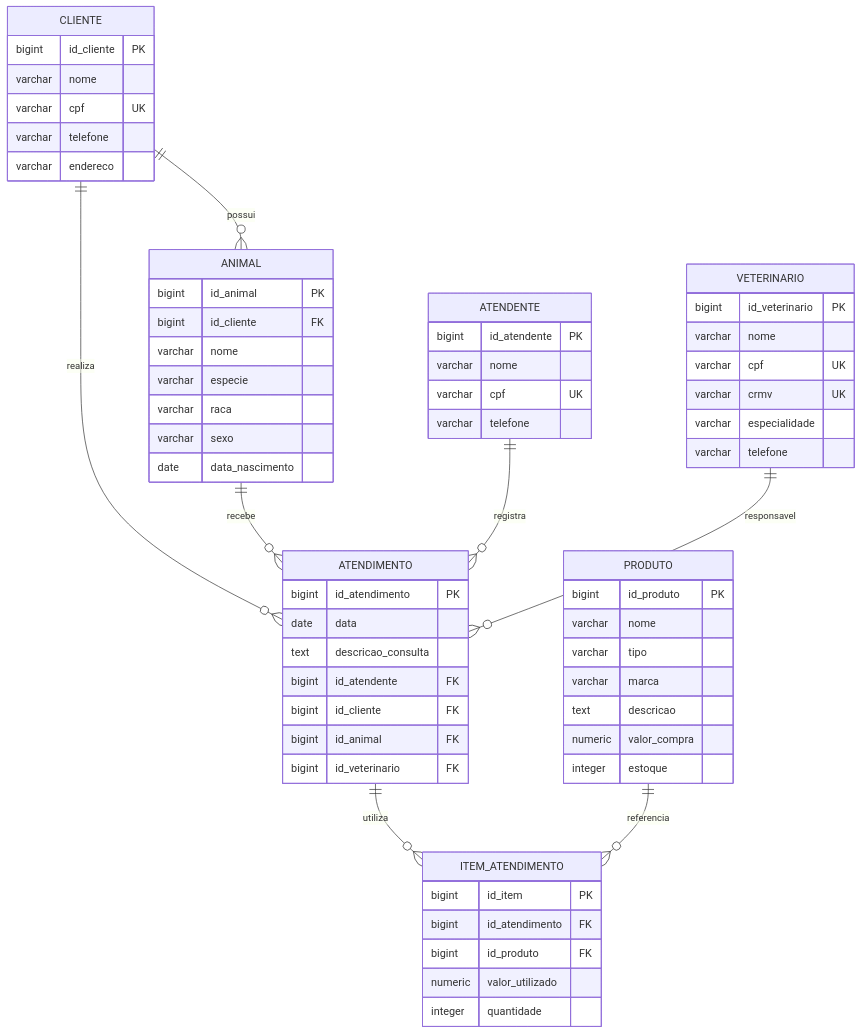
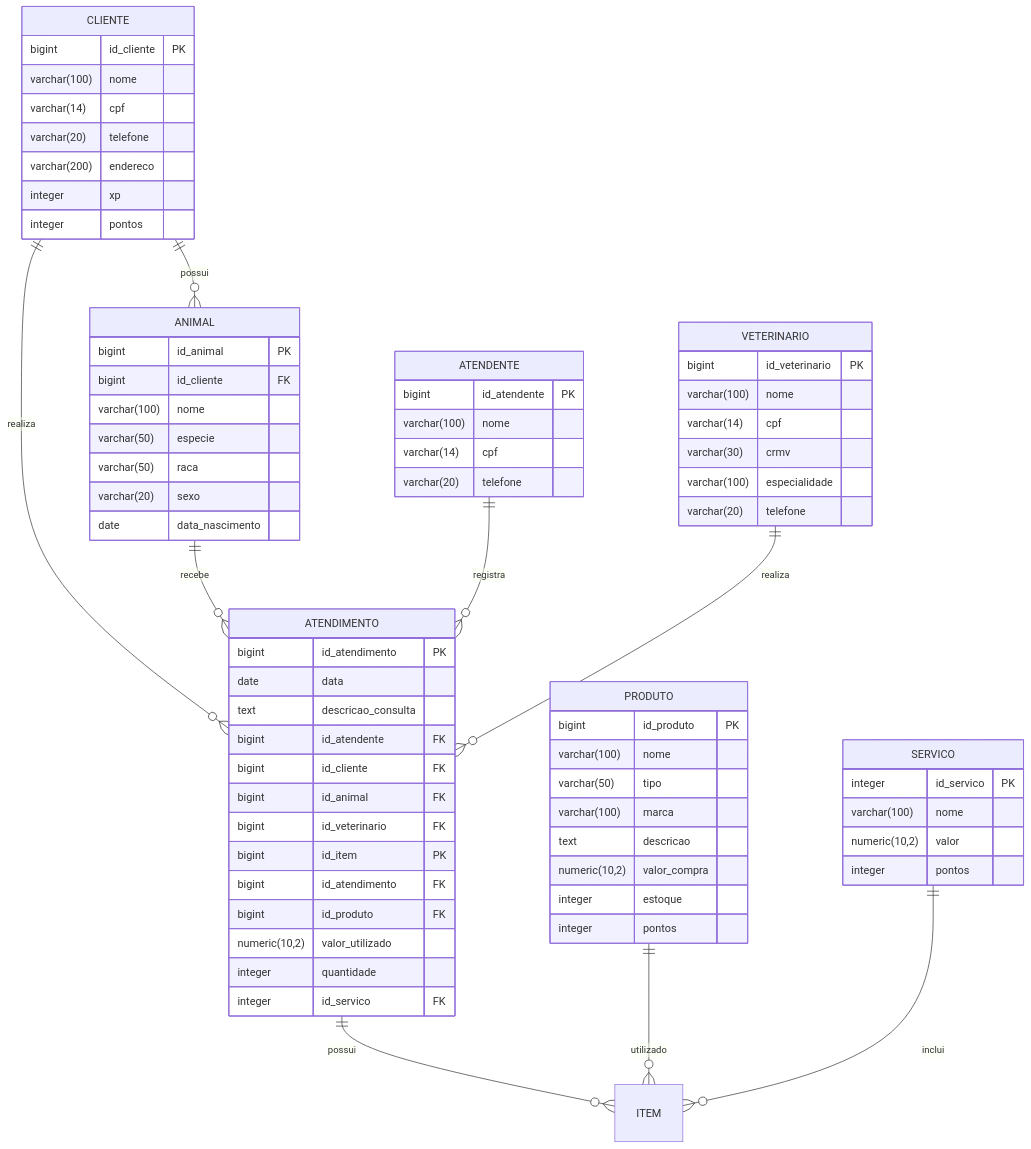
One commit to Murilo-Siena/Clinica-Veterinaria-Grupo06 changed the diagram in README.md. Above: the diagram before and after it, drawn with Mermaid.

````diff
--- a/README.md
+++ b/README.md
@@ -30,55 +30,24 @@
 ```mermaid
 erDiagram
-    CLIENTE ||--o{ ANIMAL : possui
-    CLIENTE ||--o{ ATENDIMENTO : realiza
-    ANIMAL ||--o{ ATENDIMENTO : recebe
-    ATENDENTE ||--o{ ATENDIMENTO : registra
-    VETERINARIO ||--o{ ATENDIMENTO : responsavel
-    ATENDIMENTO ||--o{ ITEM_ATENDIMENTO : utiliza
-    PRODUTO ||--o{ ITEM_ATENDIMENTO : referencia
 
     CLIENTE {
         bigint id_cliente PK
-        varchar nome
-        varchar cpf UK
-        varchar telefone
-        varchar endereco
+        varchar(100) nome
+        varchar(14) cpf
+        varchar(20) telefone
+        varchar(200) endereco
+        integer xp
+        integer pontos
     }
 
     ANIMAL {
         bigint id_animal PK
         bigint id_cliente FK
-        varchar nome
-        varchar especie
-        varchar raca
-        varchar sexo
+        varchar(100) nome
+        varchar(50) especie
+        varchar(50) raca
+        varchar(20) sexo
         date data_nascimento
-    }
-
-    ATENDENTE {
-        bigint id_atendente PK
-        varchar nome
-        varchar cpf UK
-        varchar telefone
-    }
-
-    VETERINARIO {
-        bigint id_veterinario PK
-        varchar nome
-        varchar cpf UK
-        varchar crmv UK
-        varchar especialidade
-        varchar telefone
-    }
-
-    PRODUTO {
-        bigint id_produto PK
-        varchar nome
-        varchar tipo
-        varchar marca
-        text descricao
-        numeric valor_compra
-        integer estoque
     }
 
     ATENDIMENTO {
@@ -91,11 +60,57 @@
         bigint id_veterinario FK
     }
 
-    ITEM_ATENDIMENTO {
+    ATENDENTE {
+        bigint id_atendente PK
+        varchar(100) nome
+        varchar(14) cpf
+        varchar(20) telefone
+    }
+
+    VETERINARIO {
+        bigint id_veterinario PK
+        varchar(100) nome
+        varchar(14) cpf
+        varchar(30) crmv
+        varchar(100) especialidade
+        varchar(20) telefone
+    }
+
+    PRODUTO {
+        bigint id_produto PK
+        varchar(100) nome
+        varchar(50) tipo
+        varchar(100) marca
+        text descricao
+        numeric(10,2) valor_compra
+        integer estoque
+        integer pontos
+    }
+
+    SERVICO {
+        integer id_servico PK
+        varchar(100) nome
+        numeric(10,2) valor
+        integer pontos
+    }
+
+    ITEM ATENDIMENTO {
         bigint id_item PK
         bigint id_atendimento FK
         bigint id_produto FK
-        numeric valor_utilizado
+        numeric(10,2) valor_utilizado
         integer quantidade
+        integer id_servico FK
     }
+
+
+    CLIENTE ||--o{ ANIMAL : possui
+    CLIENTE ||--o{ ATENDIMENTO : realiza
+    ANIMAL ||--o{ ATENDIMENTO : recebe
+    ATENDENTE ||--o{ ATENDIMENTO : registra
+    VETERINARIO ||--o{ ATENDIMENTO : realiza
+
+    ATENDIMENTO ||--o{ ITEM : possui
+    PRODUTO ||--o{ ITEM : utilizado
+    SERVICO ||--o{ ITEM : inclui
 ```
````
